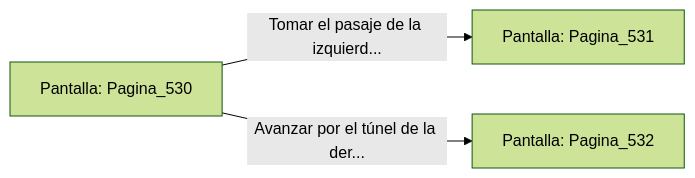
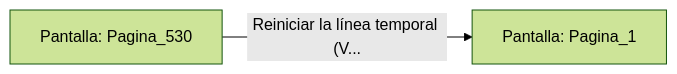
Before and after one commit to metsuke/mpl: the diagram in sample/eligejuego-vault/Pantalla_Pagina_530.md, drawn with Mermaid (forest theme). The commit also changed other lines of this file and 635 other files, not shown here.

First line of the commit message:
fix: añadir Pagina_1 como pantalla inicial en capitulo_01.mpl

````diff
--- a/sample/eligejuego-vault/Pantalla_Pagina_530.md
+++ b/sample/eligejuego-vault/Pantalla_Pagina_530.md
@@ -20,6 +17,5 @@
 ```mermaid
 graph LR
     P_Pagina_530["Pantalla: Pagina_530"]
-    P_Pagina_530 -->|"Tomar el pasaje de la izquierd..."| P_Pagina_531["Pantalla: Pagina_531"]
-    P_Pagina_530 -->|"Avanzar por el túnel de la der..."| P_Pagina_532["Pantalla: Pagina_532"]
+    P_Pagina_530 -->|"Reiniciar la línea temporal (V..."| P_Pagina_1["Pantalla: Pagina_1"]
 ```
````
